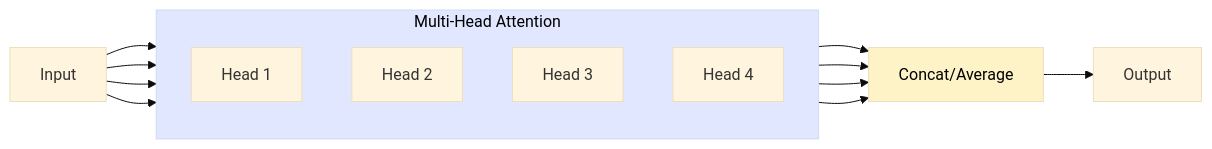
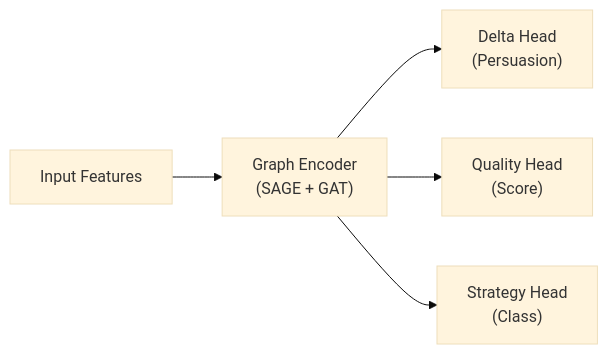
The third of 4 diagrams in docs/LEARNING_NOTE.md (AluminumShark/Social-Debate-AI), drawn with Mermaid before and after one commit. The commit also changed other lines of this file and 2 other files, not shown here.

Commit message:
docs: split learning notes into EN/ZH versions and remove mermaid from docs readme

````diff
--- a/docs/LEARNING_NOTE.md
+++ b/docs/LEARNING_NOTE.md
@@ -380,23 +212,8 @@
 ```mermaid
 %%{init: {'theme': 'base'}}%%
 flowchart LR
-    Input["Input"]
-    
-    subgraph Heads["Multi-Head Attention"]
-        direction TB
-        H1["Head 1"]
-        H2["Head 2"]
-        H3["Head 3"]
-        H4["Head 4"]
-    end
-    
-    Combine["Concat/Average"]
-    Output["Output"]
-
-    Input --> H1 & H2 & H3 & H4
-    H1 & H2 & H3 & H4 --> Combine
-    Combine --> Output
-
-    style Heads fill:#e0e7ff,color:#000
-    style Combine fill:#fef3c7,color:#000
+    Input["Input Features"] --> Encoder["Graph Encoder<br/>(SAGE + GAT)"]
+    Encoder --> Delta["Delta Head<br/>(Persuasion)"]
+    Encoder --> Quality["Quality Head<br/>(Score)"]
+    Encoder --> Strategy["Strategy Head<br/>(Class)"]
 ```
````
